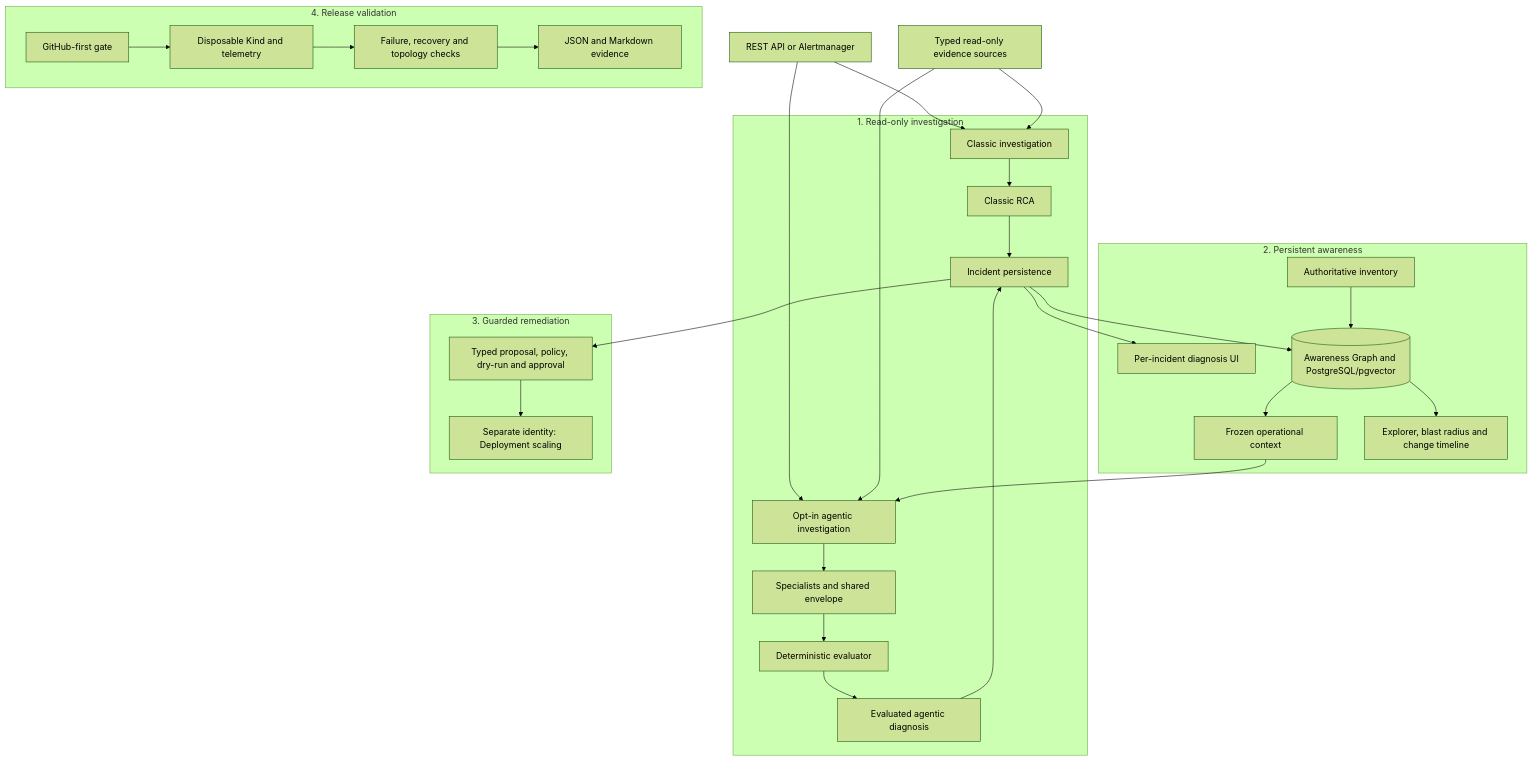
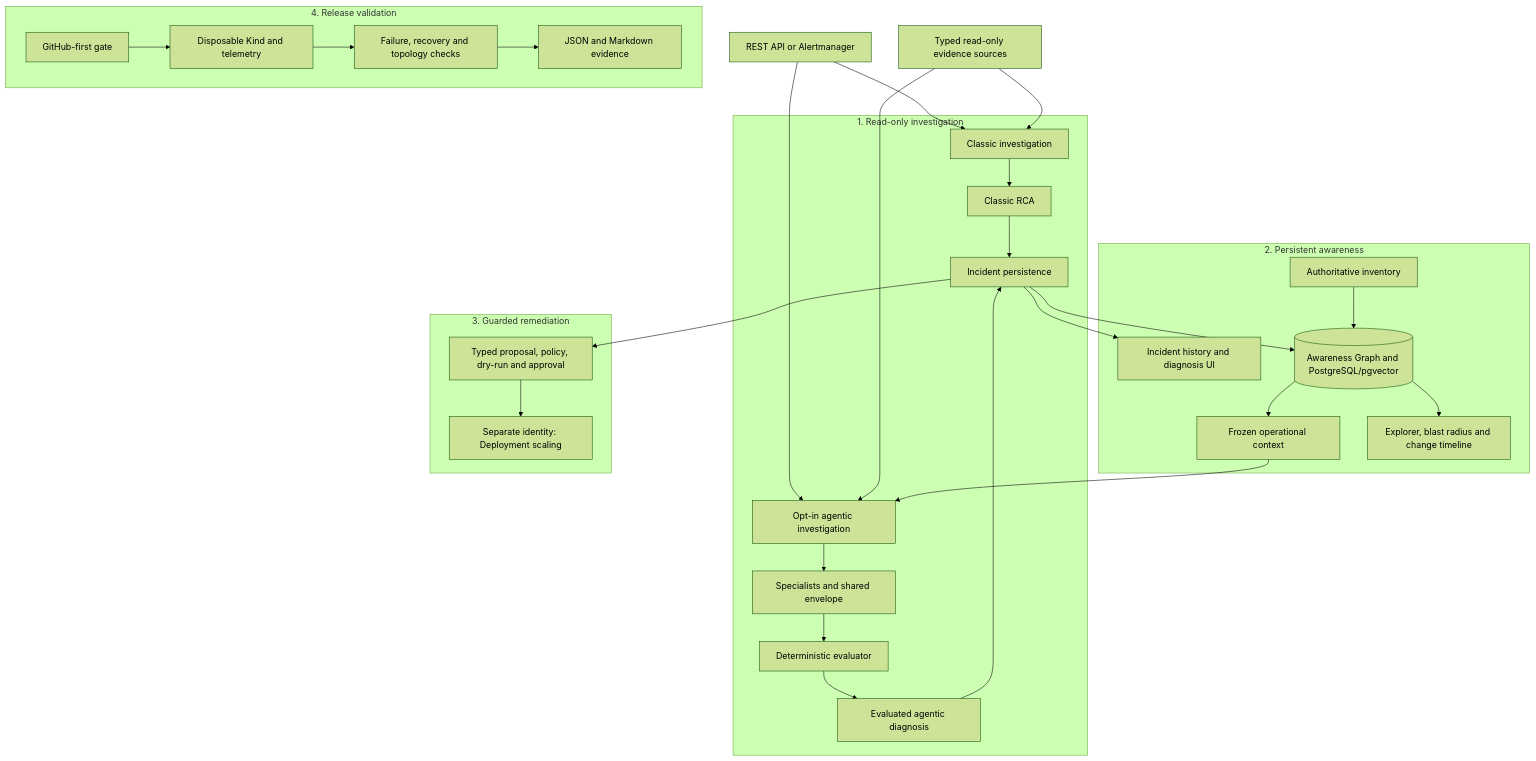
One commit to marcocristofolini/ai-sre-rca changed the first of 28 diagrams in docs/architecture.md. Above: the diagram before and after it, drawn with Mermaid (forest theme). The commit also changed other lines of this file and 21 other files, not shown here.

Commit message:
feat(ui): add scoped incident history and manual investigation form

````diff
--- a/docs/architecture.md
+++ b/docs/architecture.md
@@ -9,32 +9,32 @@
 ```mermaid
 flowchart TD
     IN["REST API or Alertmanager"] --> CORE["Classic investigation"]
     IN --> PLAN["Opt-in agentic investigation"]
     SRC["Typed read-only evidence sources"] --> CORE
     SRC --> PLAN
     subgraph READ["1. Read-only investigation"]
       CORE --> RCA["Classic RCA"]
       PLAN --> ENV["Specialists and shared envelope"]
       ENV --> EVAL["Deterministic evaluator"]
       EVAL --> AR["Evaluated agentic diagnosis"]
       AR --> STORE
     end
     subgraph AWARE["2. Persistent awareness"]
       RCA --> STORE["Incident persistence"]
-      STORE --> DIAG["Per-incident diagnosis UI"]
+      STORE --> DIAG["Incident history and diagnosis UI"]
       STORE --> PAG[("Awareness Graph and PostgreSQL/pgvector")]
       INV["Authoritative inventory"] --> PAG
       PAG --> CTX["Frozen operational context"]
       CTX --> PLAN
       PAG --> VIEW["Explorer, blast radius and change timeline"]
     end
     subgraph REM["3. Guarded remediation"]
       STORE --> POLICY["Typed proposal, policy, dry-run and approval"]
       POLICY --> ACT["Separate identity: Deployment scaling"]
     end
     subgraph VAL["4. Release validation"]
       GH["GitHub-first gate"] --> KIND["Disposable Kind and telemetry"]
       KIND --> HAR["Failure, recovery and topology checks"]
       HAR --> REP["JSON and Markdown evidence"]
     end
 ```
````
